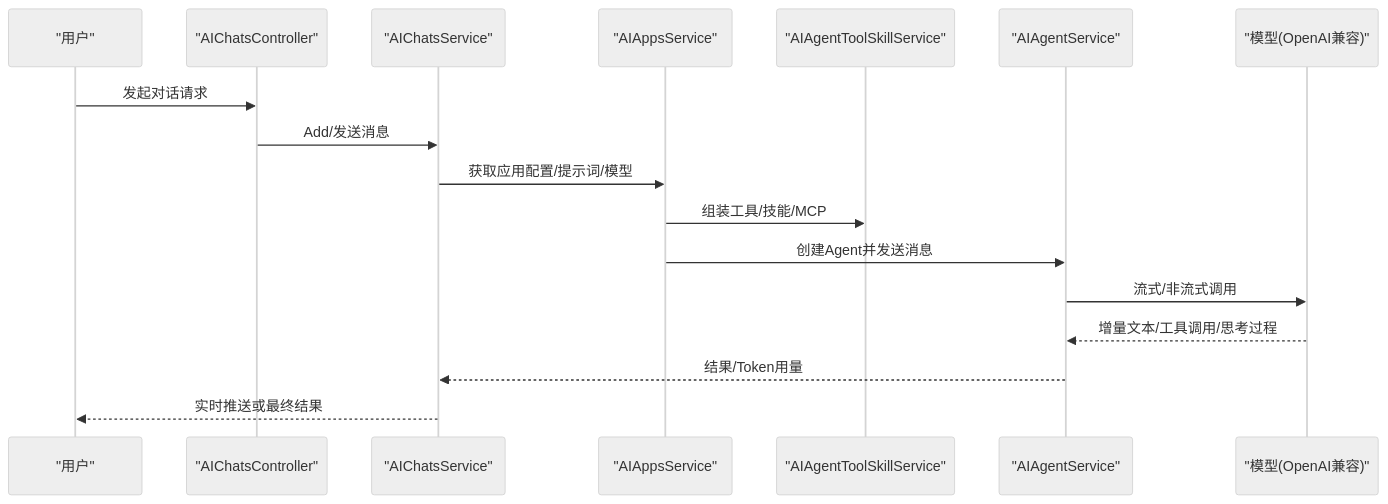
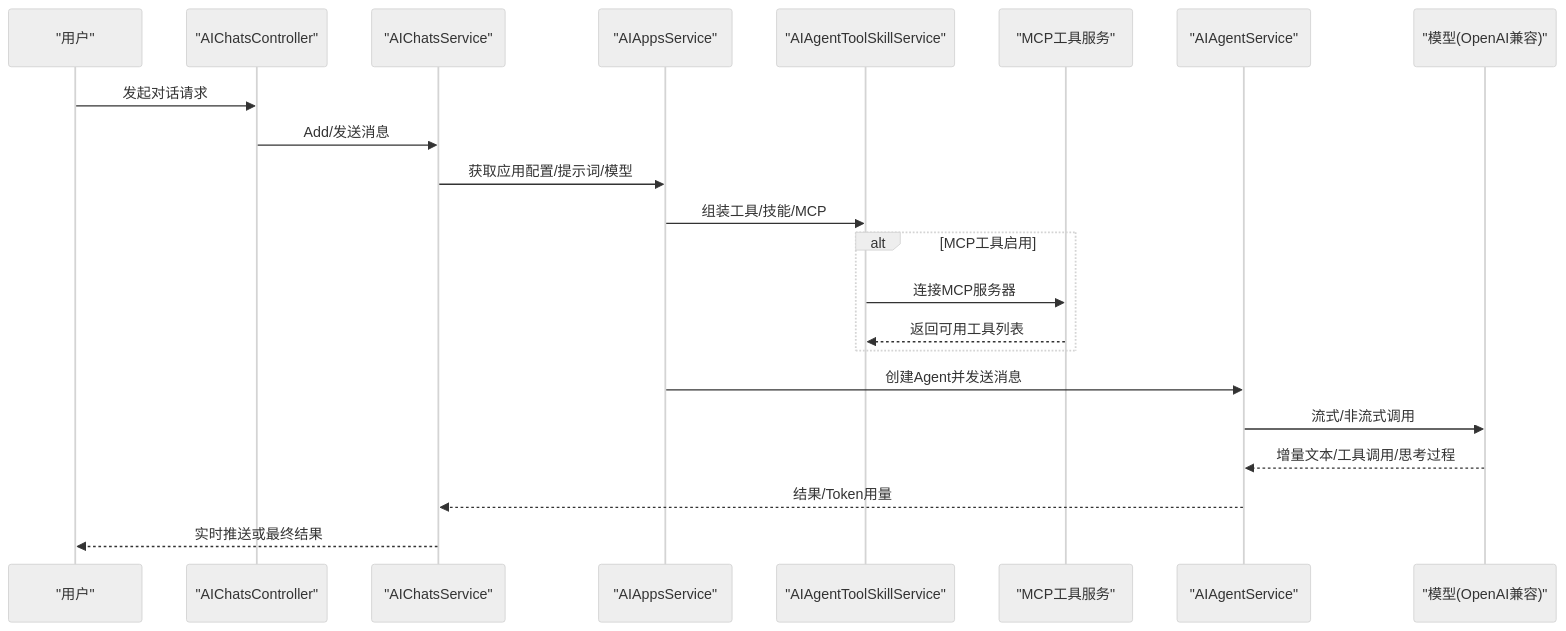
Before and after one commit to junkai-li/NetCoreKevin: the second of 11 diagrams in .qoder/repowiki/zh/content/核心模块/AI智能助手/AI智能助手.md, drawn with Mermaid (neutral theme). The commit also changed other lines of this file and 41 other files, not shown here.

````diff
--- a/.qoder/repowiki/zh/content/核心模块/AI智能助手/AI智能助手.md
+++ b/.qoder/repowiki/zh/content/核心模块/AI智能助手/AI智能助手.md
@@ -114,19 +127,24 @@
 ```mermaid
 sequenceDiagram
 participant U as "用户"
 participant C as "AIChatsController"
 participant S as "AIChatsService"
 participant A as "AIAppsService"
 participant T as "AIAgentToolSkillService"
+participant M as "MCP工具服务"
 participant G as "AIAgentService"
-participant M as "模型(OpenAI兼容)"
+participant Model as "模型(OpenAI兼容)"
 U->>C : 发起对话请求
 C->>S : Add/发送消息
 S->>A : 获取应用配置/提示词/模型
 A->>T : 组装工具/技能/MCP
+alt MCP工具启用
+T->>M : 连接MCP服务器
+M-->>T : 返回可用工具列表
+end
 A->>G : 创建Agent并发送消息
-G->>M : 流式/非流式调用
-M-->>G : 增量文本/工具调用/思考过程
+G->>Model : 流式/非流式调用
+Model-->>G : 增量文本/工具调用/思考过程
 G-->>S : 结果/Token用量
 S-->>U : 实时推送或最终结果
 ```
````
